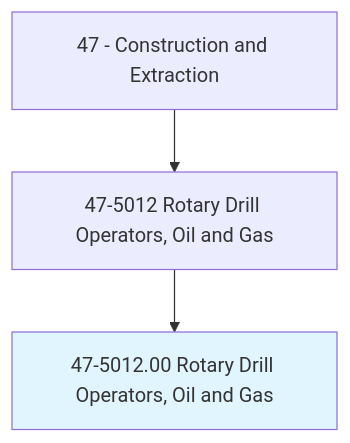
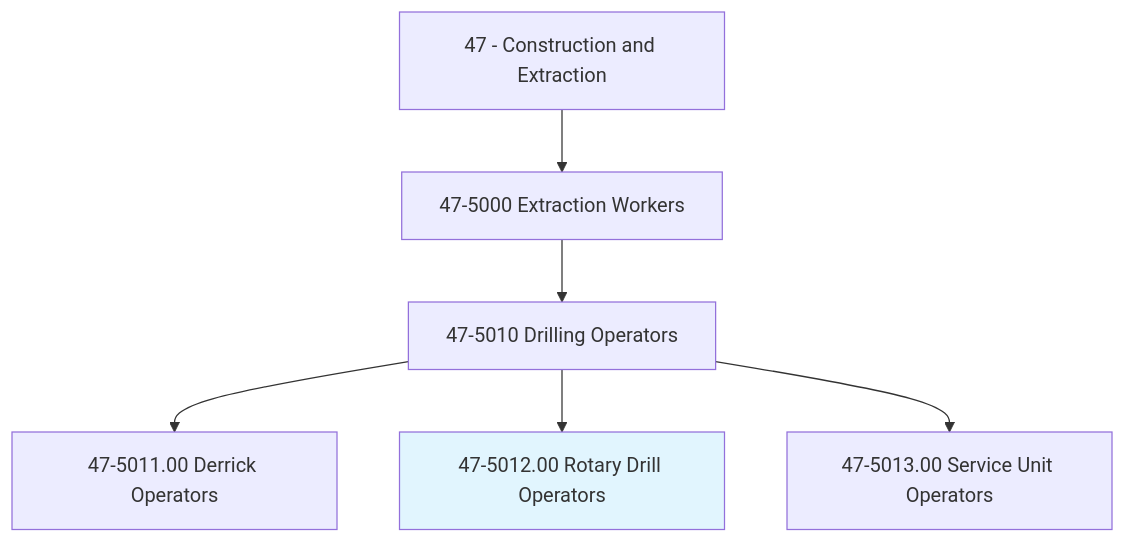
Before and after one commit to kziemski/business.org.ai: the first of 4 diagrams in occupations/Construction/RotaryDrillOperatorsOilAndGas.mdx, drawn with Mermaid. The commit also changed other lines of this file and 938 other files, not shown here.

````diff
--- a/occupations/Construction/RotaryDrillOperatorsOilAndGas.mdx
+++ b/occupations/Construction/RotaryDrillOperatorsOilAndGas.mdx
@@ -19,6 +23,9 @@
 ```mermaid
 graph TD
-    Cat47["47 - Construction and Extraction"] --> Group475012["47-5012 Rotary Drill Operators, Oil and Gas"]
-    Group475012 --> Current["47-5012.00 Rotary Drill Operators, Oil and Gas"]
+    Cat47["47 - Construction and Extraction"] --> Group475["47-5000 Extraction Workers"]
+    Group475 --> Group4750["47-5010 Drilling Operators"]
+    Group4750 --> Derrick["47-5011.00 Derrick Operators"]
+    Group4750 --> Current["47-5012.00 Rotary Drill Operators"]
+    Group4750 --> Service["47-5013.00 Service Unit Operators"]
     style Current fill:#e1f5fe
 ```
````
